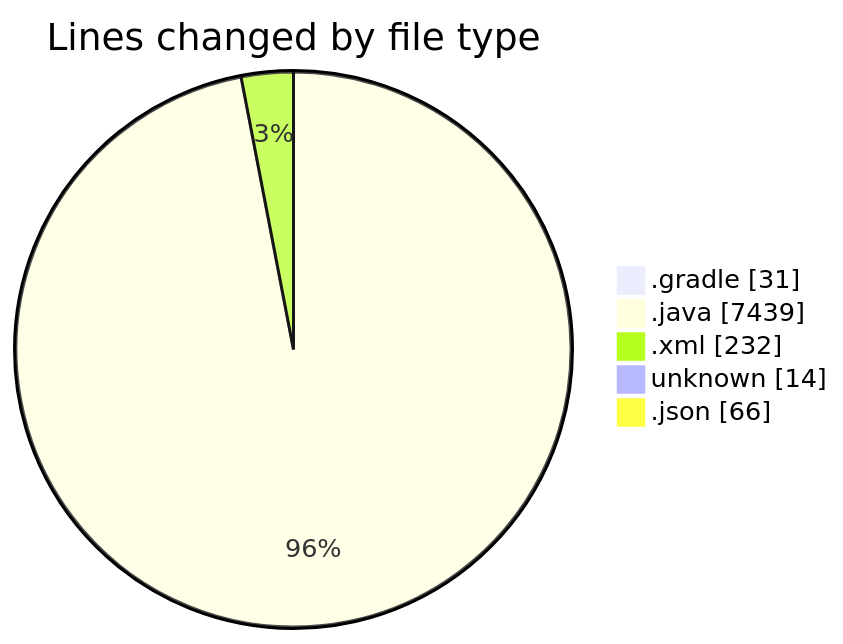
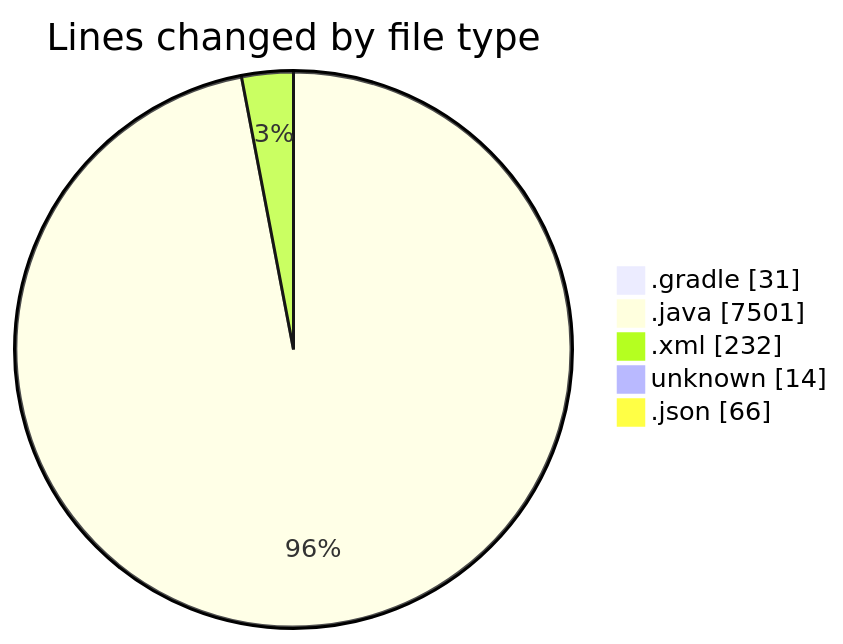
One commit to charlie-sans/code-tracking changed the first of 2 diagrams in 2025-02-21/micros/README.md. Above: the diagram before and after it, drawn with Mermaid. The commit also changed other lines of this file and 1 other file, not shown here.

````diff
--- a/2025-02-21/micros/README.md
+++ b/2025-02-21/micros/README.md
@@ -58,9 +58,9 @@
 ```mermaid
 pie showData
 title Lines changed by file type
 ".gradle" : 31
-".java" : 7439
+".java" : 7501
 ".xml" : 232
 "unknown" : 14
 ".json" : 66
 ```
````
